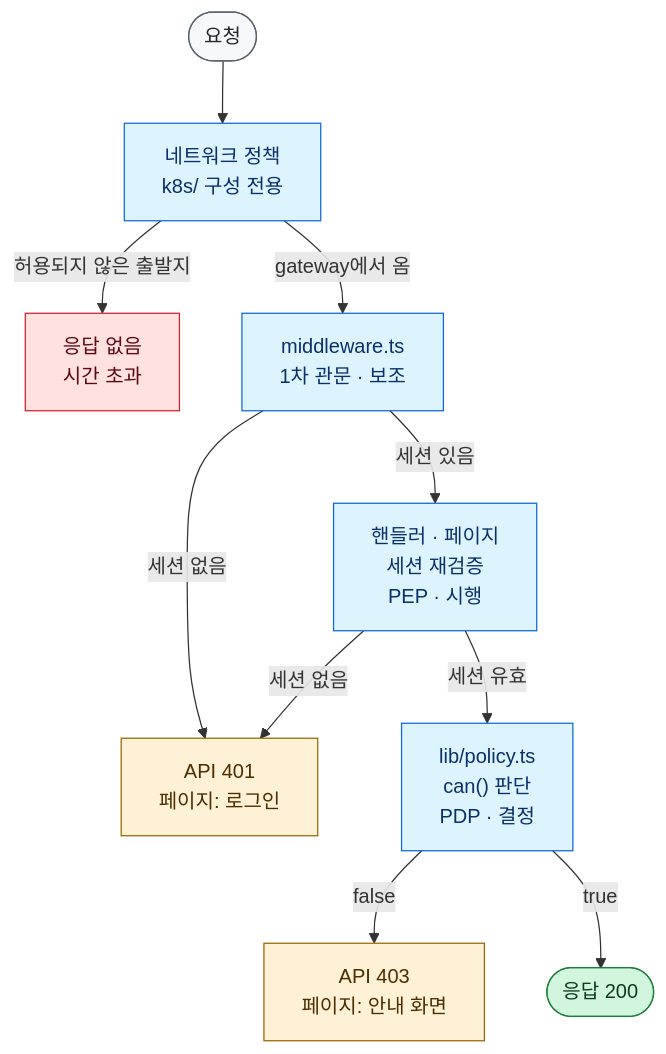
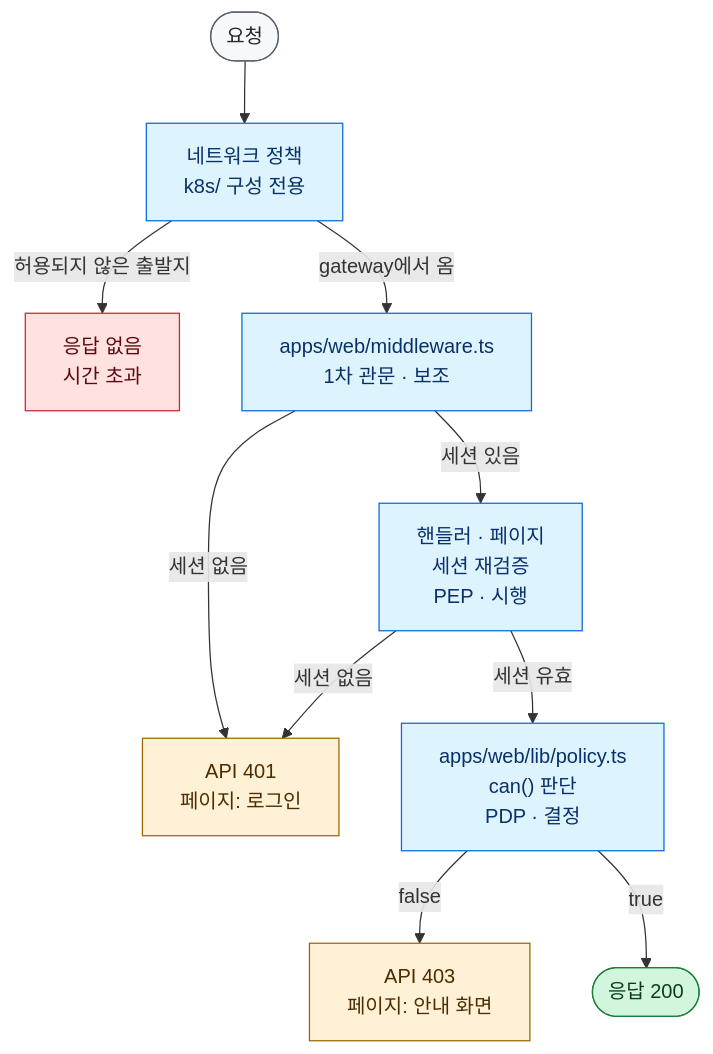
Before and after one commit to loquemedalagana/secure-enroll-demo: the diagram in docs/zero-trust-mapping.md, drawn with Mermaid. The commit also changed other lines of this file and 6 other files, not shown here.

First line of the commit message:
apps/web 이동에 맞춰 CI·k8s·audit·문서의 경로 수정

````diff
--- a/docs/zero-trust-mapping.md
+++ b/docs/zero-trust-mapping.md
@@ -7,23 +7,23 @@
 ```mermaid
 flowchart TD
   req(["요청"]) --> np["네트워크 정책<br/>k8s/ 구성 전용"]
   np -- "허용되지 않은 출발지" --> drop["응답 없음<br/>시간 초과"]
-  np -- "gateway에서 옴" --> mw["middleware.ts<br/>1차 관문 · 보조"]
+  np -- "gateway에서 옴" --> mw["apps/web/middleware.ts<br/>1차 관문 · 보조"]
   mw -- "세션 없음" --> unauth["API 401<br/>페이지: 로그인"]
   mw -- "세션 있음" --> pep["핸들러 · 페이지<br/>세션 재검증<br/>PEP · 시행"]
   pep -- "세션 없음" --> unauth
-  pep -- "세션 유효" --> pdp["lib/policy.ts<br/>can() 판단<br/>PDP · 결정"]
+  pep -- "세션 유효" --> pdp["apps/web/lib/policy.ts<br/>can() 판단<br/>PDP · 결정"]
   pdp -- "false" --> forbid["API 403<br/>페이지: 안내 화면"]
   pdp -- "true" --> ok(["응답 200"])
 
   classDef allow fill:#d1f5dd,stroke:#1a7f37,color:#0b3d1b
   classDef netdeny fill:#ffe1e0,stroke:#cf222e,color:#5c0a10
   classDef appdeny fill:#fff1d6,stroke:#9a6700,color:#4d2d00
   classDef step fill:#ddf4ff,stroke:#0969da,color:#0a3069
   classDef neutral fill:#f6f8fa,stroke:#57606a,color:#24292f
   class ok allow
   class drop netdeny
   class unauth,forbid appdeny
   class np,mw,pep,pdp step
   class req neutral
 ```
````
